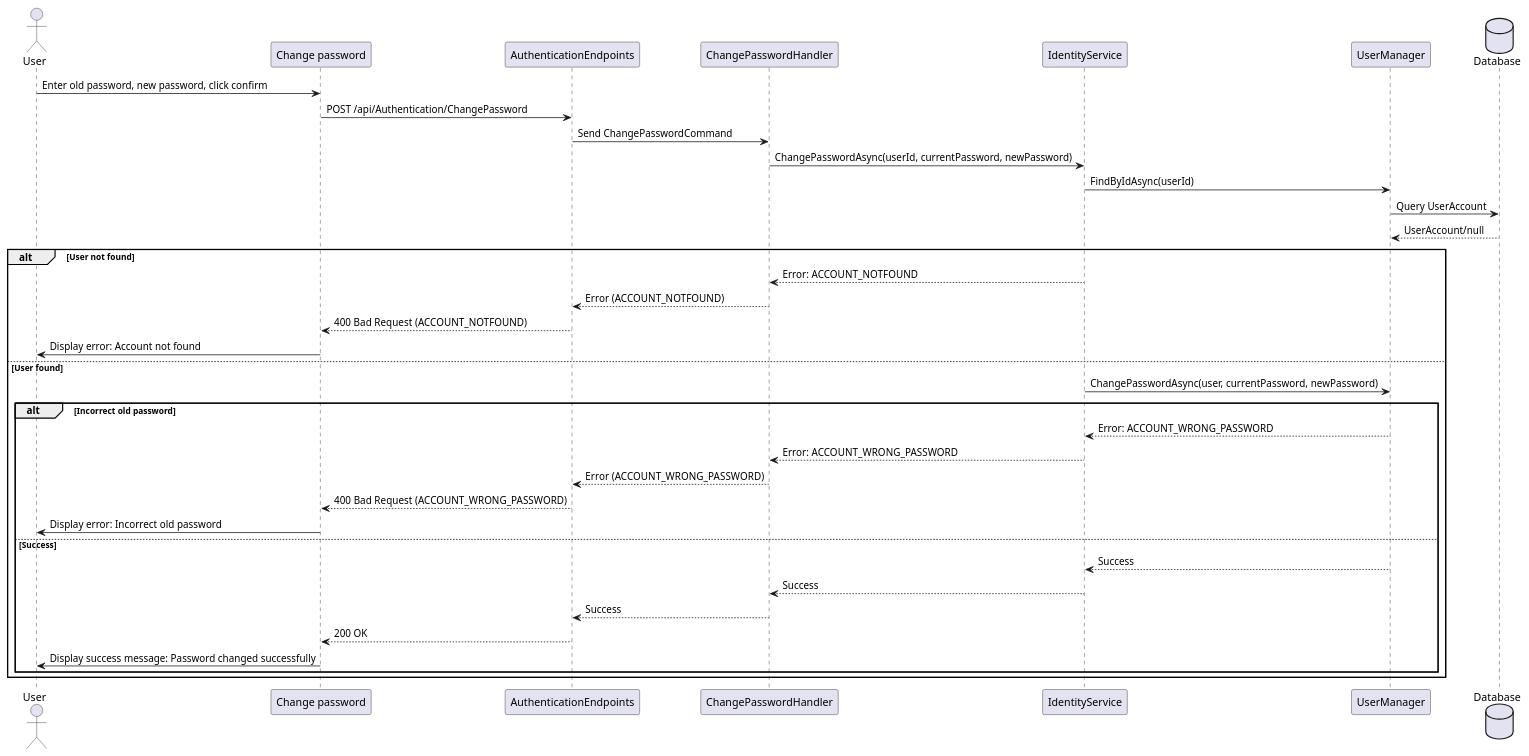
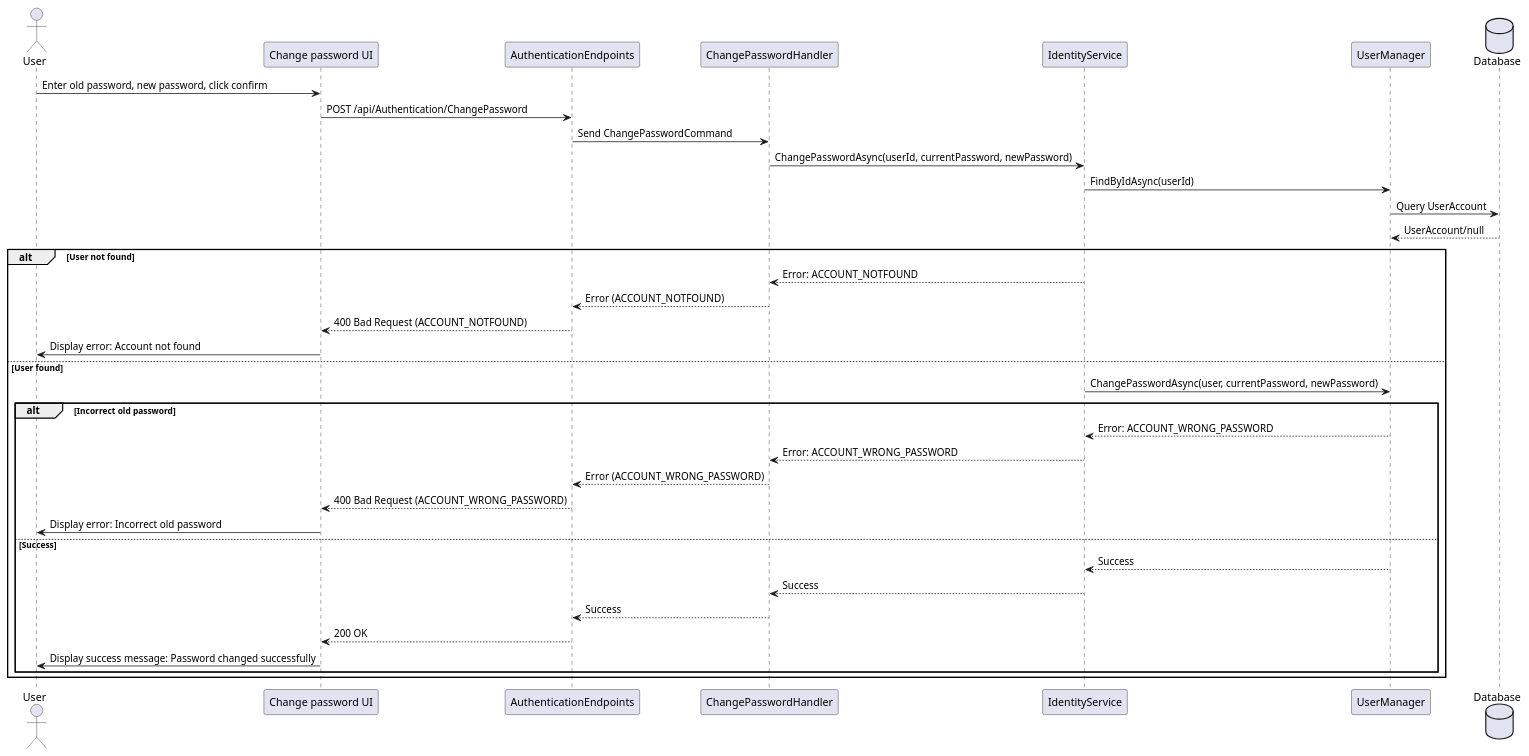
One commit to thanhkhac/SEP_Diagram changed the diagram in authentication/Sequence/10_ChangePassword.puml. Above: the diagram before and after it, drawn with PlantUML. The commit also changed 2 other files, not shown here.

Commit message:
Update UI participant names in password sequence diagrams
Renamed the UI participant in the ResetPassword, ChangePassword, and SetPassword sequence diagrams to 'Reset password UI', 'Change password UI', and 'Set password UI' for clarity and consistency.

```diff
--- a/authentication/Sequence/10_ChangePassword.puml
+++ b/authentication/Sequence/10_ChangePassword.puml
@@ -1,38 +1,38 @@
 @startuml
 actor User
-participant "Change password" as UI
+participant "Change password UI" as UI
 participant AuthenticationEndpoints
 participant ChangePasswordHandler
 participant IdentityService
 participant UserManager
 Database Database
 
 User -> UI : Enter old password, new password, click confirm
 UI -> AuthenticationEndpoints : POST /api/Authentication/ChangePassword
 AuthenticationEndpoints -> ChangePasswordHandler : Send ChangePasswordCommand
 ChangePasswordHandler -> IdentityService : ChangePasswordAsync(userId, currentPassword, newPassword)
 IdentityService -> UserManager : FindByIdAsync(userId)
 UserManager -> Database : Query UserAccount
 Database --> UserManager : UserAccount/null
 alt User not found
     IdentityService --> ChangePasswordHandler : Error: ACCOUNT_NOTFOUND
     ChangePasswordHandler --> AuthenticationEndpoints : Error (ACCOUNT_NOTFOUND)
     AuthenticationEndpoints --> UI : 400 Bad Request (ACCOUNT_NOTFOUND)
     UI -> User : Display error: Account not found
 else User found
     IdentityService -> UserManager : ChangePasswordAsync(user, currentPassword, newPassword)
     alt Incorrect old password
         UserManager --> IdentityService : Error: ACCOUNT_WRONG_PASSWORD
         IdentityService --> ChangePasswordHandler : Error: ACCOUNT_WRONG_PASSWORD
         ChangePasswordHandler --> AuthenticationEndpoints : Error (ACCOUNT_WRONG_PASSWORD)
         AuthenticationEndpoints --> UI : 400 Bad Request (ACCOUNT_WRONG_PASSWORD)
         UI -> User : Display error: Incorrect old password
     else Success
         UserManager --> IdentityService : Success
         IdentityService --> ChangePasswordHandler : Success
         ChangePasswordHandler --> AuthenticationEndpoints : Success
         AuthenticationEndpoints --> UI : 200 OK
         UI -> User : Display success message: Password changed successfully
     end
 end
 @enduml
```
